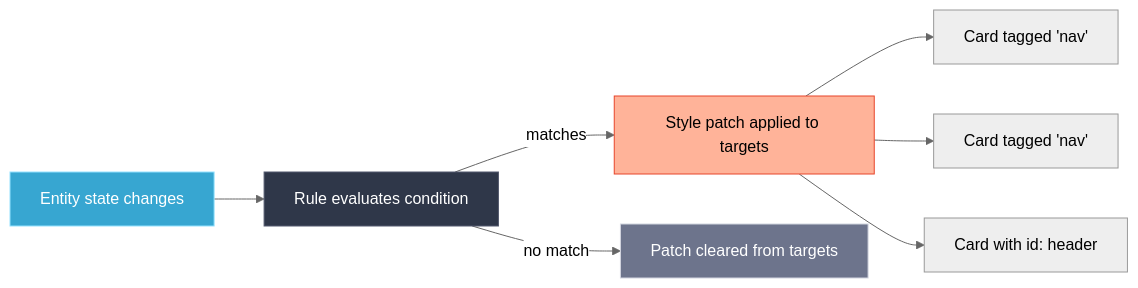
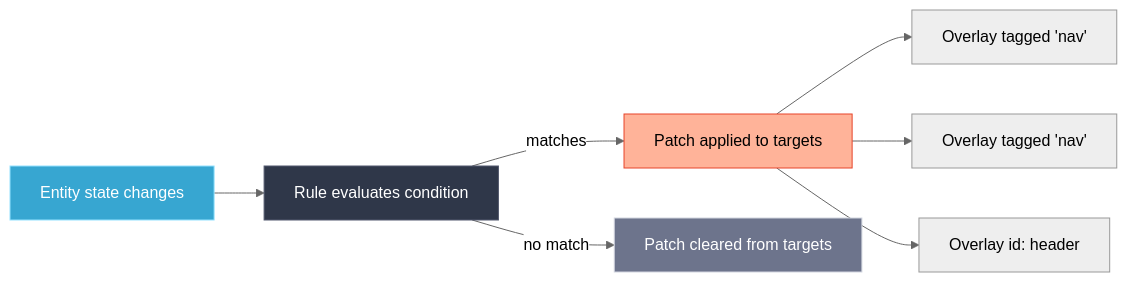
Before and after one commit to solhuebner/lcards: the diagram in doc/core/rules/index.md, drawn with Mermaid (neutral theme). The commit also changed other lines of this file and 2 other files, not shown here.

Commit message:
fix(animation): update scope ID resolution to use sourceCardId for accurate overlay targeting

````diff
--- a/doc/core/rules/index.md
+++ b/doc/core/rules/index.md
@@ -11,14 +11,14 @@
 ```mermaid
 flowchart LR
     E[Entity state changes] --> R[Rule evaluates condition]
-    R -- matches --> P[Style patch applied to targets]
+    R -- matches --> P[Patch applied to targets]
     R -- no match --> C[Patch cleared from targets]
-    P --> T1[Card tagged 'nav']
-    P --> T2[Card tagged 'nav']
-    P --> T3[Card with id: header]
+    P --> T1[Overlay tagged 'nav']
+    P --> T2[Overlay tagged 'nav']
+    P --> T3[Overlay id: header]
 
     style E fill:#37a6d1,stroke:#93e1ff,color:#fff
     style R fill:#2f3749,stroke:#52596e,color:#fff
     style P fill:#ffb399,stroke:#e7442a,color:#000
     style C fill:#6d748c,stroke:#d2d5df,color:#fff
 ```
````
